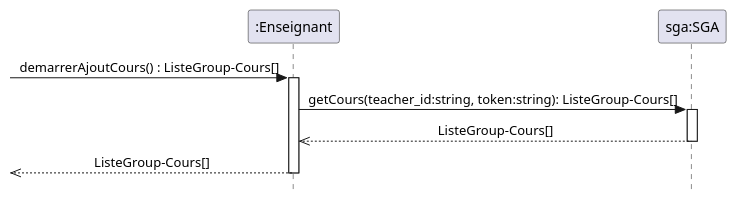
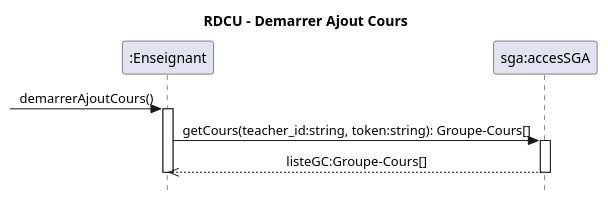
One commit to xMrYahya/moodle-clone changed the diagram in docs/modeles/cu01/rdcu-demarrerAjoutCours.puml. Above: the diagram before and after it, drawn with PlantUML. The commit also changed 18 other files, not shown here.

Commit message:
modification des diagrammes

```diff
--- a/docs/modeles/cu01/rdcu-demarrerAjoutCours.puml
+++ b/docs/modeles/cu01/rdcu-demarrerAjoutCours.puml
@@ -1,18 +1,18 @@
 @startuml
+title RDCU – Demarrer Ajout Cours
 skinparam Style strictuml
 skinparam sequenceMessageAlign center
 
 participant ":Enseignant"  as enseignant
-participant "sga:SGA" as sga
+participant "sga:accesSGA" as sga
 
- -> enseignant : demarrerAjoutCours() : ListeGroup-Cours[]
+ -> enseignant : demarrerAjoutCours()
 activate enseignant
-enseignant -> sga : getCours(teacher_id:string, token:string): ListeGroup-Cours[]
+enseignant -> sga : getCours(teacher_id:string, token:string): Groupe-Cours[]
 activate sga
-sga -->> enseignant : ListeGroup-Cours[]
+sga -->> enseignant :  listeGC:Groupe-Cours[]
 
 deactivate sga
- <<-- enseignant : ListeGroup-Cours[] 
 
 deactivate enseignant
 @enduml
```
